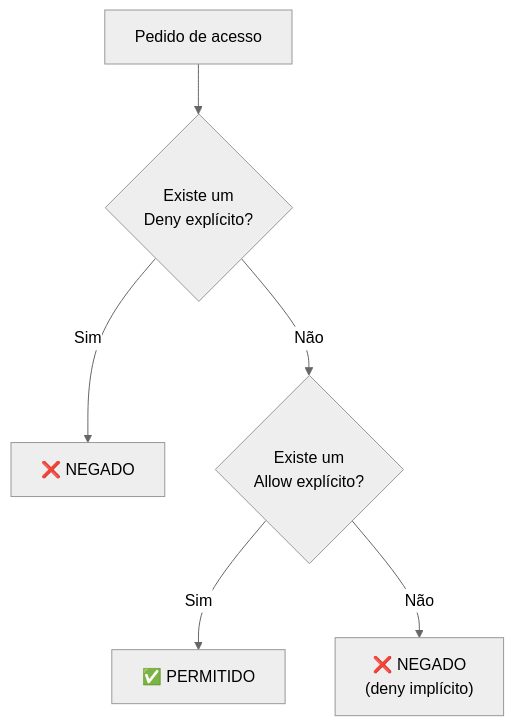
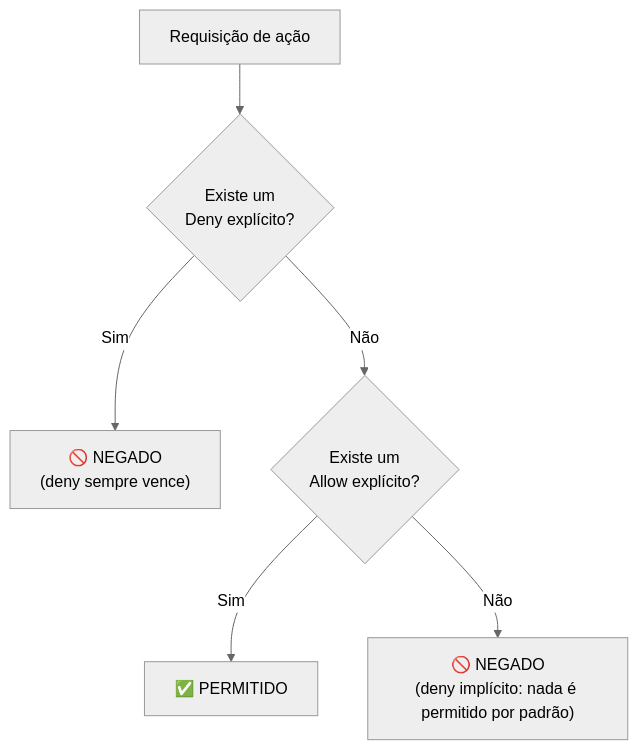
The diagram in certificacao-cloud/dominio-2-seguranca-e-conformidade/05-identidade-e-acesso-iam.md (melissaalves-stack/awscloudfoundations), drawn with Mermaid (neutral theme) before and after one commit. The commit also changed other lines of this file and 23 other files, not shown here.

````diff
--- a/certificacao-cloud/dominio-2-seguranca-e-conformidade/05-identidade-e-acesso-iam.md
+++ b/certificacao-cloud/dominio-2-seguranca-e-conformidade/05-identidade-e-acesso-iam.md
@@ -94,8 +107,8 @@
 ```mermaid
 flowchart TD
-    A["Pedido de acesso"] --> B{"Existe um<br/>Deny explícito?"}
-    B -->|Sim| N["❌ NEGADO"]
+    A["Requisição de ação"] --> B{"Existe um<br/>Deny explícito?"}
+    B -->|Sim| N["🚫 NEGADO<br/>(deny sempre vence)"]
     B -->|Não| C{"Existe um<br/>Allow explícito?"}
-    C -->|Sim| Y["✅ PERMITIDO"]
-    C -->|Não| N2["❌ NEGADO<br/>(deny implícito)"]
+    C -->|Sim| P["✅ PERMITIDO"]
+    C -->|Não| I["🚫 NEGADO<br/>(deny implícito: nada é permitido por padrão)"]
 ```
````
